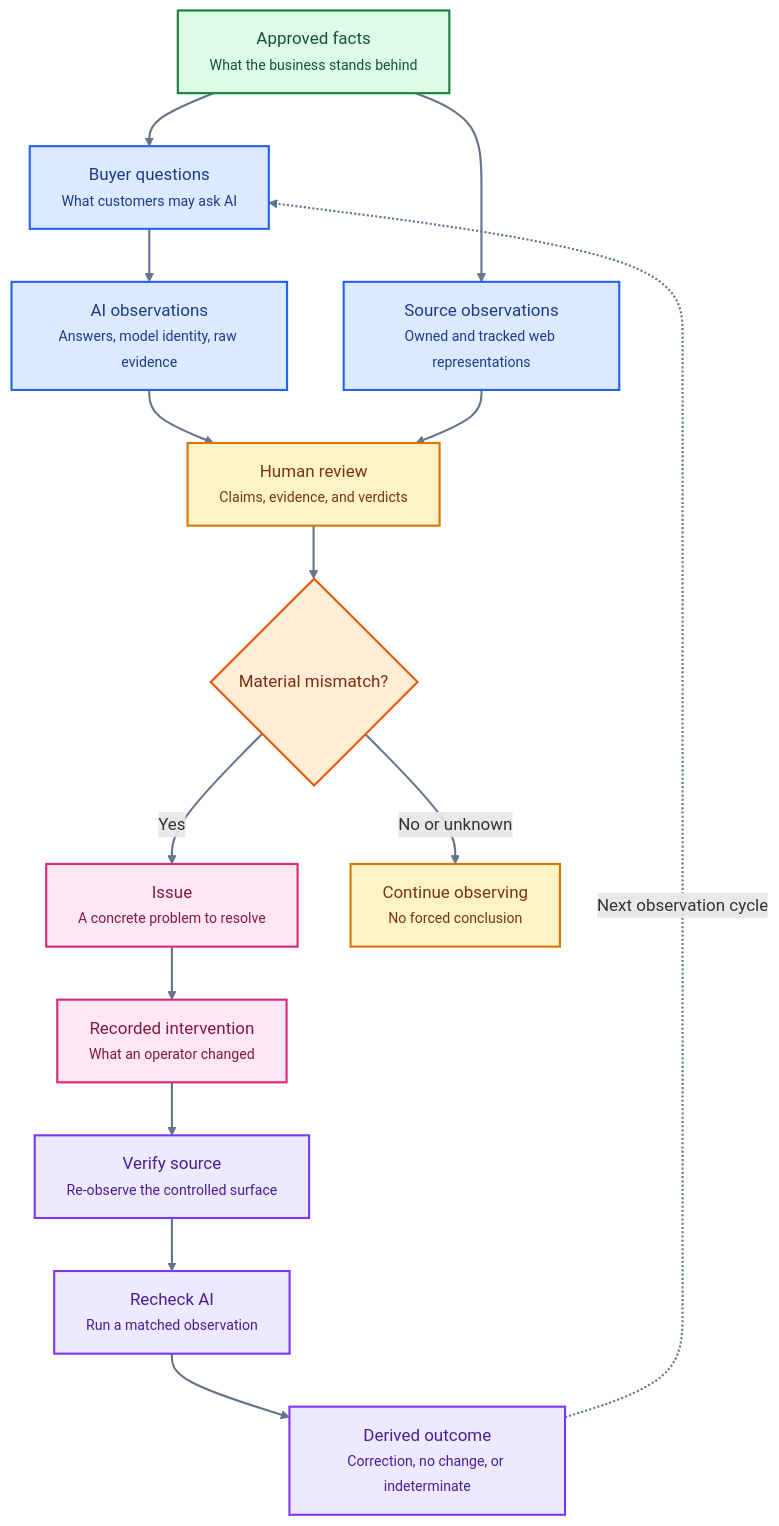
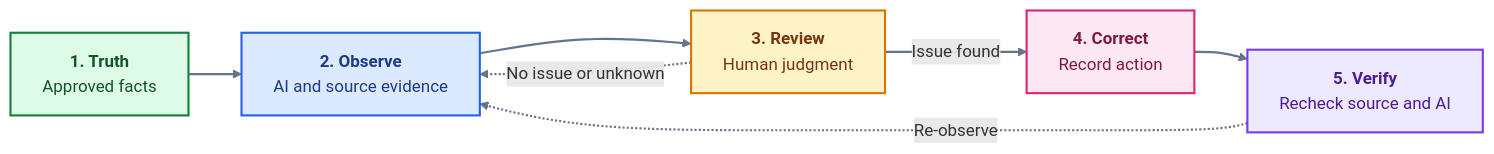
One commit to commonfields/ghostping changed the diagram in README.md. Above: the diagram before and after it, drawn with Mermaid. The commit also changed other lines of this file, not shown here.

Commit message:
docs(readme): compact the product workflow

````diff
--- a/README.md
+++ b/README.md
@@ -20,44 +20,27 @@
 ```mermaid
-flowchart TB
-    A["Approved facts<br/><small>What the business stands behind</small>"]
-    B["Buyer questions<br/><small>What customers may ask AI</small>"]
-    C["AI observations<br/><small>Answers, model identity, raw evidence</small>"]
-    D["Source observations<br/><small>Owned and tracked web representations</small>"]
-    E["Human review<br/><small>Claims, evidence, and verdicts</small>"]
-    F{"Material mismatch?"}
-    G["Issue<br/><small>A concrete problem to resolve</small>"]
-    H["Continue observing<br/><small>No forced conclusion</small>"]
-    I["Recorded intervention<br/><small>What an operator changed</small>"]
-    J["Verify source<br/><small>Re-observe the controlled surface</small>"]
-    K["Recheck AI<br/><small>Run a matched observation</small>"]
-    L["Derived outcome<br/><small>Correction, no change, or indeterminate</small>"]
+%%{init: {"flowchart": {"useMaxWidth": true, "htmlLabels": true, "curve": "basis"}}}%%
+flowchart LR
+    truth["<b>1. Truth</b><br/>Approved facts"]
+    observe["<b>2. Observe</b><br/>AI and source evidence"]
+    review["<b>3. Review</b><br/>Human judgment"]
+    correct["<b>4. Correct</b><br/>Record action"]
+    verify["<b>5. Verify</b><br/>Recheck source and AI"]
 
-    A --> B
-    A --> D
-    B --> C
-    C --> E
-    D --> E
-    E --> F
-    F -->|Yes| G
-    F -->|No or unknown| H
-    G --> I
-    I --> J
-    J --> K
-    K --> L
-    L -. Next observation cycle .-> B
+    truth --> observe --> review
+    review -->|Issue found| correct --> verify
+    review -. No issue or unknown .-> observe
+    verify -. Re-observe .-> observe
 
-    classDef authority fill:#DCFCE7,stroke:#15803D,color:#14532D,stroke-width:2px;
+    classDef truth fill:#DCFCE7,stroke:#15803D,color:#14532D,stroke-width:2px;
     classDef observe fill:#DBEAFE,stroke:#2563EB,color:#1E3A8A,stroke-width:2px;
     classDef review fill:#FEF3C7,stroke:#D97706,color:#78350F,stroke-width:2px;
-    classDef action fill:#FCE7F3,stroke:#DB2777,color:#831843,stroke-width:2px;
+    classDef correct fill:#FCE7F3,stroke:#DB2777,color:#831843,stroke-width:2px;
     classDef verify fill:#EDE9FE,stroke:#7C3AED,color:#4C1D95,stroke-width:2px;
-    classDef decision fill:#FFEDD5,stroke:#EA580C,color:#7C2D12,stroke-width:2px;
 
-    class A authority;
-    class B,C,D observe;
-    class E,H review;
-    class F decision;
-    class G,I action;
-    class J,K,L verify;
+    class truth truth;
+    class observe observe;
+    class review review;
+    class correct correct;
+    class verify verify;
     linkStyle default stroke:#64748B,stroke-width:2px;
 ```
````
